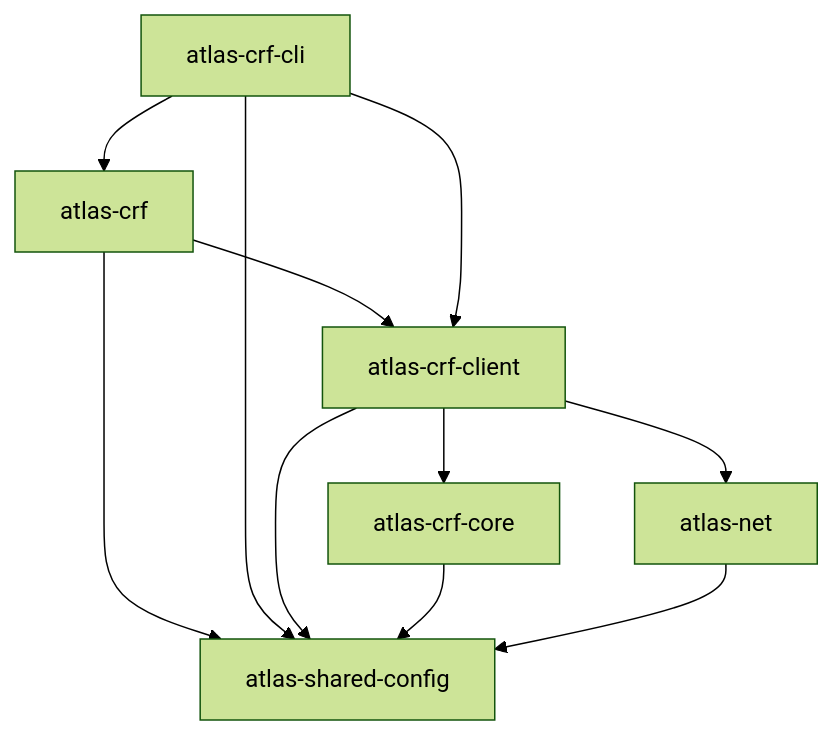
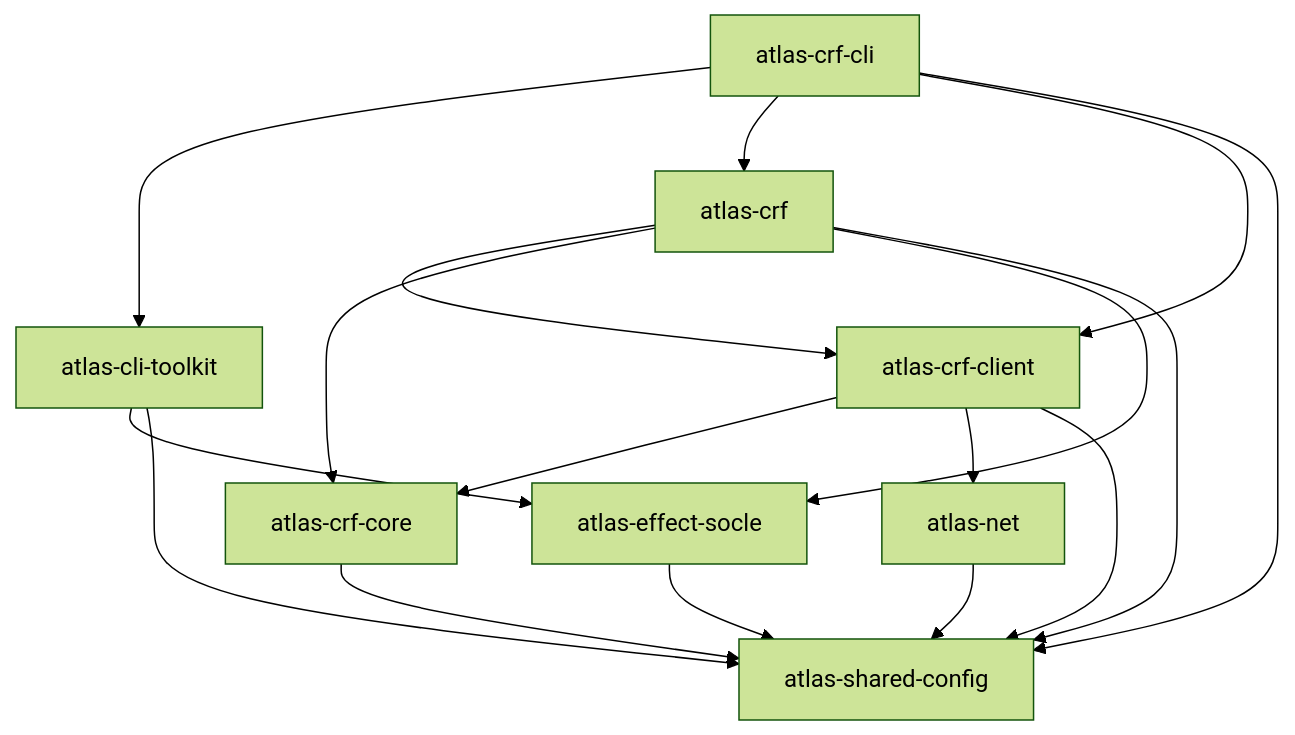
The ninth of 19 diagrams in docs/src/content/docs/architecture/packages.md (univ-lehavre/atlas), drawn with Mermaid (forest theme) before and after one commit. The commit also changed other lines of this file and 139 other files, not shown here.

First line of the commit message:
feat: socle Effect — résorption complète (E1–E14) (#348)

````diff
--- a/docs/src/content/docs/architecture/packages.md
+++ b/docs/src/content/docs/architecture/packages.md
@@ -415,19 +445,27 @@
 ```mermaid
 flowchart TD
+  _univ_lehavre_atlas_cli_toolkit["atlas-cli-toolkit"]
   _univ_lehavre_atlas_crf["atlas-crf"]
   _univ_lehavre_atlas_crf_cli["atlas-crf-cli"]
   _univ_lehavre_atlas_crf_client["atlas-crf-client"]
   _univ_lehavre_atlas_crf_core["atlas-crf-core"]
+  _univ_lehavre_atlas_effect_socle["atlas-effect-socle"]
   _univ_lehavre_atlas_net["atlas-net"]
   _univ_lehavre_atlas_shared_config["atlas-shared-config"]
+  _univ_lehavre_atlas_cli_toolkit --> _univ_lehavre_atlas_effect_socle
+  _univ_lehavre_atlas_cli_toolkit --> _univ_lehavre_atlas_shared_config
   _univ_lehavre_atlas_crf --> _univ_lehavre_atlas_crf_client
+  _univ_lehavre_atlas_crf --> _univ_lehavre_atlas_crf_core
+  _univ_lehavre_atlas_crf --> _univ_lehavre_atlas_effect_socle
   _univ_lehavre_atlas_crf --> _univ_lehavre_atlas_shared_config
+  _univ_lehavre_atlas_crf_cli --> _univ_lehavre_atlas_cli_toolkit
   _univ_lehavre_atlas_crf_cli --> _univ_lehavre_atlas_crf
   _univ_lehavre_atlas_crf_cli --> _univ_lehavre_atlas_crf_client
   _univ_lehavre_atlas_crf_cli --> _univ_lehavre_atlas_shared_config
   _univ_lehavre_atlas_crf_client --> _univ_lehavre_atlas_crf_core
   _univ_lehavre_atlas_crf_client --> _univ_lehavre_atlas_net
   _univ_lehavre_atlas_crf_client --> _univ_lehavre_atlas_shared_config
   _univ_lehavre_atlas_crf_core --> _univ_lehavre_atlas_shared_config
+  _univ_lehavre_atlas_effect_socle --> _univ_lehavre_atlas_shared_config
   _univ_lehavre_atlas_net --> _univ_lehavre_atlas_shared_config
 ```
````
